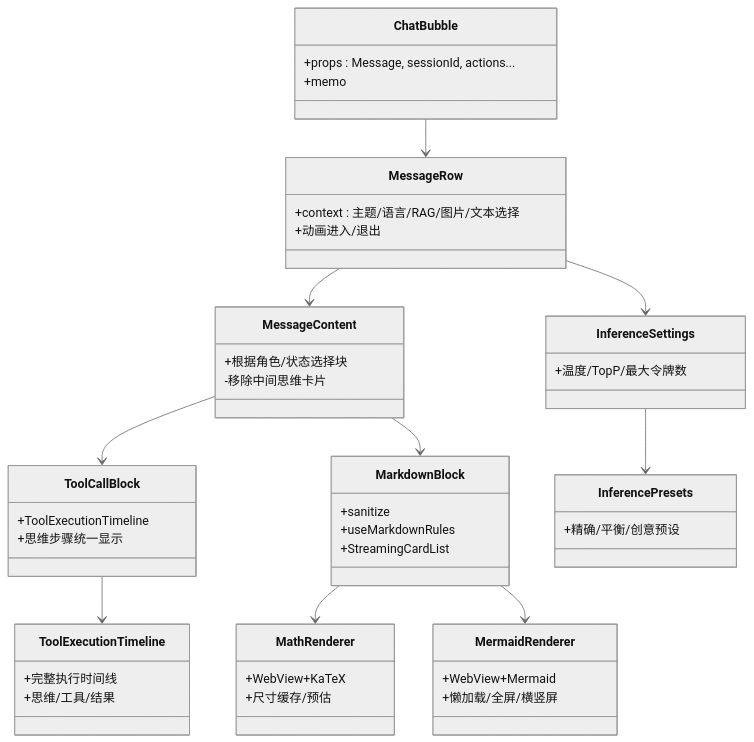
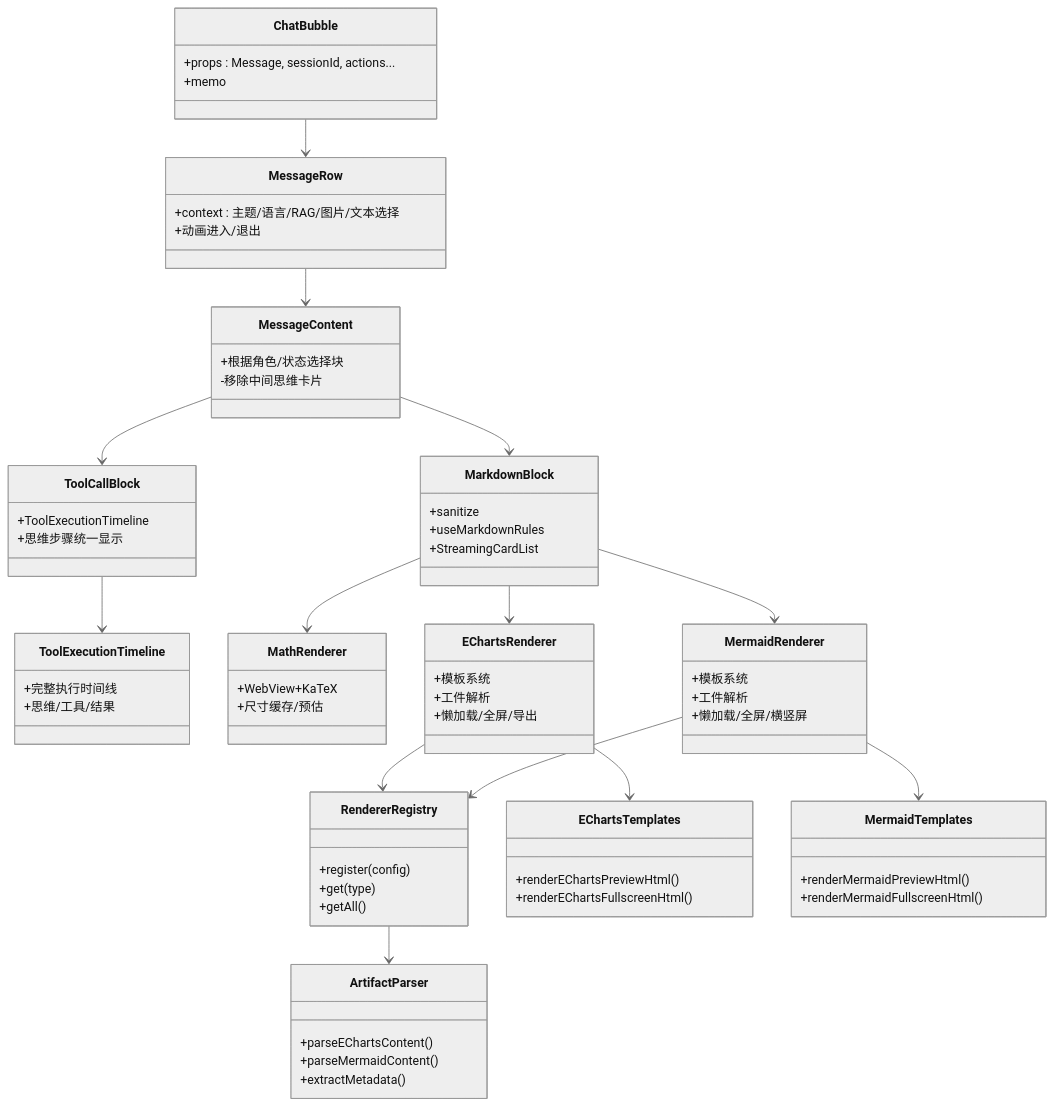
The second of 11 diagrams in .qoder/repowiki/zh/content/UI组件系统/聊天组件.md (NarcisWL/Nexara), drawn with Mermaid (neutral theme) before and after one commit. The commit also changed other lines of this file and 4 other files, not shown here.

````diff
--- a/.qoder/repowiki/zh/content/UI组件系统/聊天组件.md
+++ b/.qoder/repowiki/zh/content/UI组件系统/聊天组件.md
@@ -123,51 +154,73 @@
 ```mermaid
 classDiagram
 class ChatBubble {
 +props : Message, sessionId, actions...
 +memo
 }
 class MessageRow {
 +context : 主题/语言/RAG/图片/文本选择
 +动画进入/退出
 }
 class MessageContent {
 +根据角色/状态选择块
 -移除中间思维卡片
 }
 class ToolCallBlock {
 +ToolExecutionTimeline
 +思维步骤统一显示
 }
 class ToolExecutionTimeline {
 +完整执行时间线
 +思维/工具/结果
 }
 class MarkdownBlock {
 +sanitize
 +useMarkdownRules
 +StreamingCardList
 }
 class MathRenderer {
 +WebView+KaTeX
 +尺寸缓存/预估
 }
+class EChartsRenderer {
++模板系统
++工件解析
++懒加载/全屏/导出
+}
 class MermaidRenderer {
-+WebView+Mermaid
++模板系统
++工件解析
 +懒加载/全屏/横竖屏
 }
-class InferenceSettings {
-+温度/TopP/最大令牌数
+class RendererRegistry {
++register(config)
++get(type)
++getAll()
 }
-class InferencePresets {
-+精确/平衡/创意预设
+class ArtifactParser {
++parseEChartsContent()
++parseMermaidContent()
++extractMetadata()
+}
+class EChartsTemplates {
++renderEChartsPreviewHtml()
++renderEChartsFullscreenHtml()
+}
+class MermaidTemplates {
++renderMermaidPreviewHtml()
++renderMermaidFullscreenHtml()
 }
 ChatBubble --> MessageRow
 MessageRow --> MessageContent
 MessageContent --> ToolCallBlock
 ToolCallBlock --> ToolExecutionTimeline
 MessageContent --> MarkdownBlock
 MarkdownBlock --> MathRenderer
+MarkdownBlock --> EChartsRenderer
 MarkdownBlock --> MermaidRenderer
-MessageRow --> InferenceSettings
-InferenceSettings --> InferencePresets
+EChartsRenderer --> RendererRegistry
+MermaidRenderer --> RendererRegistry
+RendererRegistry --> ArtifactParser
+EChartsRenderer --> EChartsTemplates
+MermaidRenderer --> MermaidTemplates
 ```
````
